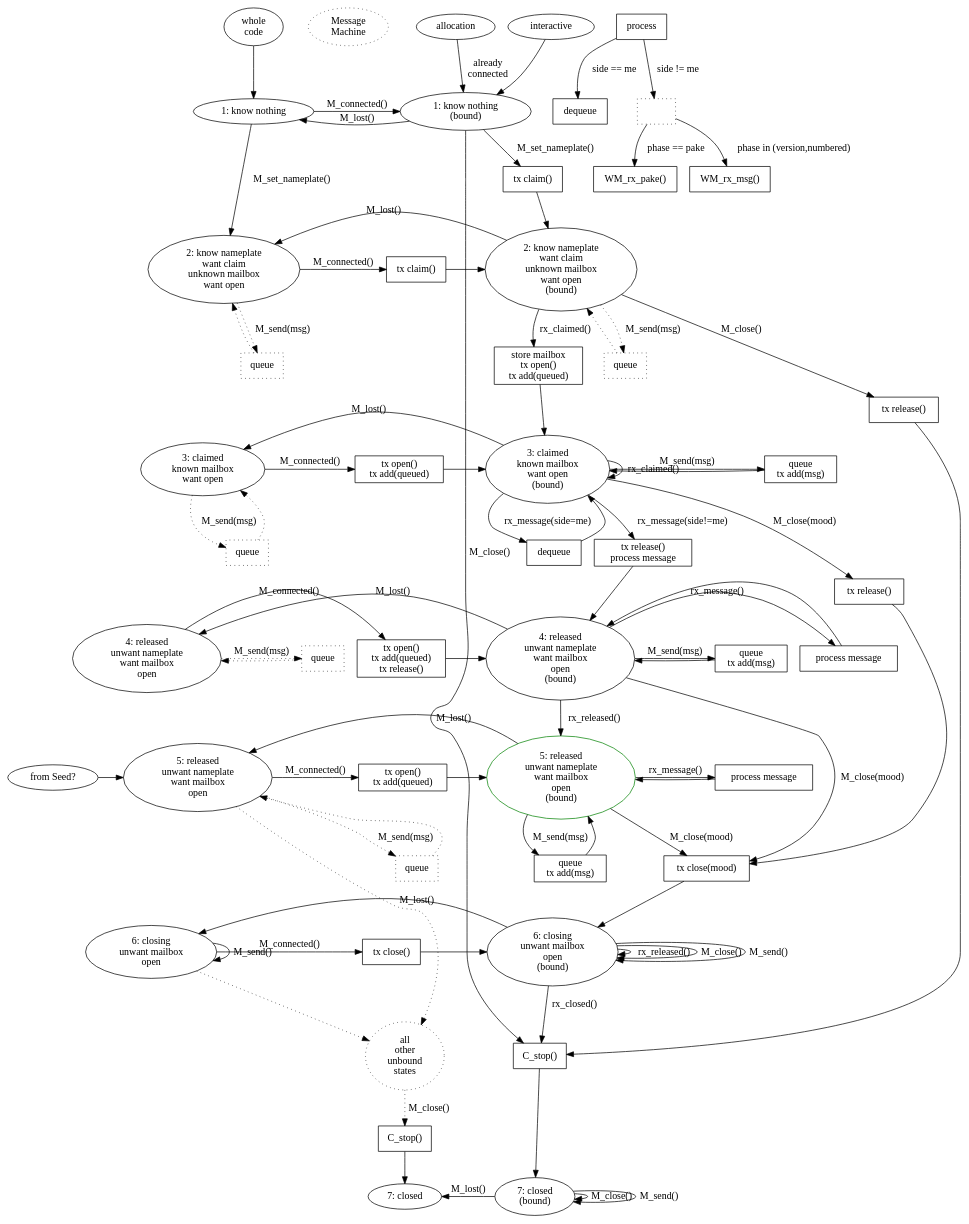
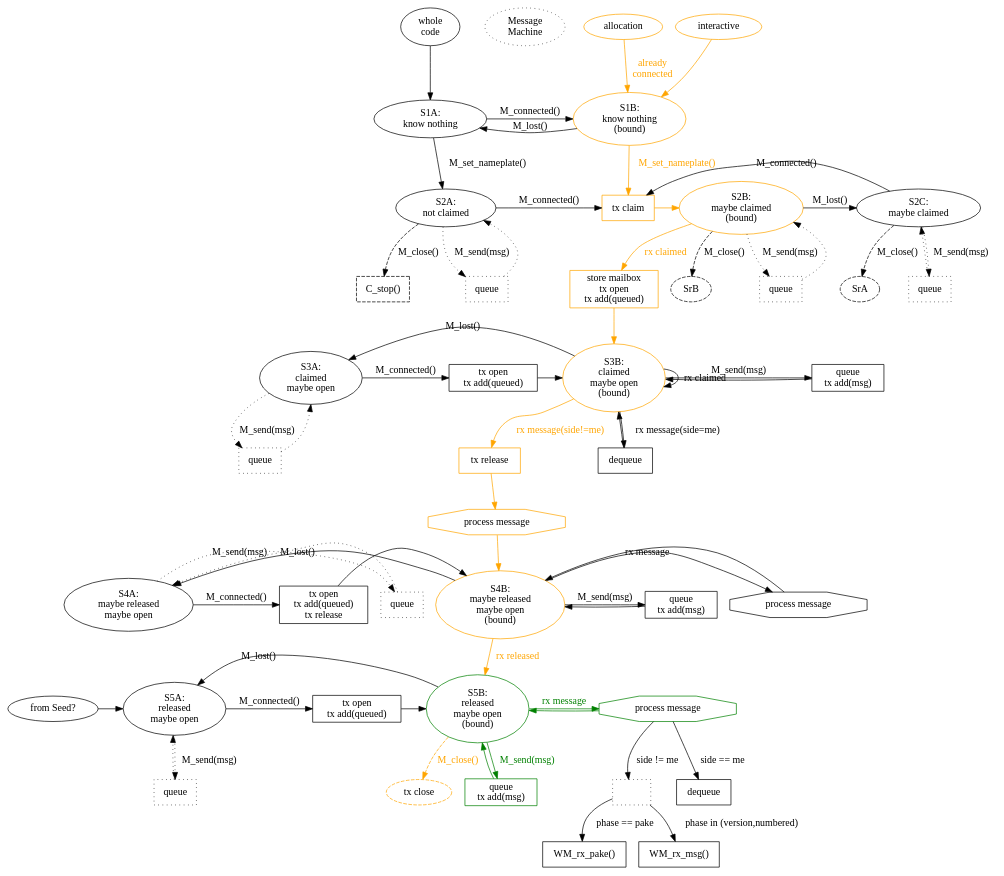
Before and after one commit to magic-wormhole/magic-wormhole: the diagram in docs/w2.dot, drawn with Graphviz. The commit also changed 1 other file, not shown here.

Commit message:
w3.dot: figure out close() pathways
d=M_close() will always do the verbose clean shutdown thing, and the Deferred
won't fire (e.g. we won't move to state "Ss") until we've deallocated our
server resources (nameplates and mailboxes), and we've finished shutting down
our websocket connection. So integration tests should wait on the Deferred to
make sure everything has stopped moving and the reactor is clean.

CLI applications that are following the success path can use M_close() and
wait on the Deferred before terminating.

CLI applications that wind up on some error path can either use M_close(), or
just SIGINT and leave the server to GC stuff later.

GUI applications can use M_close() but ignore the Deferred, and assume that
the program will keep running long enough to get the deallocation messages
through.

GUI+DB applications can use M_close() and then stop recording state changes,
and if the program remains running long enough, everything will be
deallocated, but if it terminates too soon, the server will have to GC.

```diff
--- a/docs/w2.dot
+++ b/docs/w2.dot
@@ -3,174 +3,132 @@
 
         {rank=same; M_entry_whole_code M_title M_entry_allocation M_entry_interactive}
         M_entry_whole_code [label="whole\ncode"]
-        M_entry_whole_code -> M_S1
+        M_entry_whole_code -> M_S1A
         M_title [label="Message\nMachine" style="dotted"]
         M_entry_whole_code -> M_title [style="invis"]
-        M_entry_allocation [label="allocation"]
-        M_entry_allocation -> M_S1B [label="already\nconnected"]
-        M_entry_interactive [label="interactive"]
-        M_entry_interactive -> M_S1B
+        M_entry_allocation [label="allocation" color="orange"]
+        M_entry_allocation -> M_S1B [label="already\nconnected" color="orange" fontcolor="orange"]
+        M_entry_interactive [label="interactive" color="orange"]
+        M_entry_interactive -> M_S1B [color="orange"]
 
-        {rank=same; M_S1 M_S1B}
-        M_S1 [label="1: know nothing"]
-        M_S1B [label="1: know nothing\n(bound)"]
-        M_S1 -> M_S1B [label="M_connected()"]
-        M_S1B -> M_S1 [label="M_lost()"]
+        {rank=same; M_S1A M_S1B}
+        M_S1A [label="S1A:\nknow nothing"]
+        M_S1B [label="S1B:\nknow nothing\n(bound)" color="orange"]
+        M_S1A -> M_S1B [label="M_connected()"]
+        M_S1B -> M_S1A [label="M_lost()"]
 
-        M_S1 -> M_S2 [label="M_set_nameplate()"]
-        M_S1B -> M_P_claim1 [label="M_set_nameplate()"]
-        M_P_claim1 [shape="box" label="tx claim()"]
-        M_P_claim1 -> M_S2B
+        M_S1A -> M_S2A [label="M_set_nameplate()"]
+        M_S1B -> M_P2_claim [label="M_set_nameplate()" color="orange" fontcolor="orange"]
 
-        {rank=same; M_S2 M_S2B M_P_claim2}
-        M_S2 [label="2: know nameplate\nwant claim\nunknown mailbox\nwant open"]
-        M_S2B [label="2: know nameplate\nwant claim\nunknown mailbox\nwant open\n(bound)"]
-        M_S2 -> M_P_claim2 [label="M_connected()"]
-        M_S2B -> M_S2 [label="M_lost()"]
-        M_P_claim2 [shape="box" label="tx claim()"]
-        M_P_claim2 -> M_S2B
-        M_S2 -> M_P2_queue [label="M_send(msg)" style="dotted"]
-        M_P2_queue [shape="box" label="queue" style="dotted"]
-        M_P2_queue -> M_S2 [style="dotted"]
+        {rank=same; M_S2A M_S2B M_S2C M_P2_claim}
+        M_S2A [label="S2A:\nnot claimed"]
+        M_S2C [label="S2C:\nmaybe claimed"]
+        M_S2B [label="S2B:\nmaybe claimed\n(bound)" color="orange"]
+        M_S2A -> M_P2_claim [label="M_connected()"]
+        M_S2A -> M_C_stop [label="M_close()" style="dashed"]
+        M_C_stop [shape="box" label="C_stop()" style="dashed"]
+        M_S2B -> M_SrB [label="M_close()" style="dashed"]
+        M_SrB [label="SrB" style="dashed"]
+        M_S2C -> M_SrA [label="M_close()" style="dashed"]
+        M_SrA [label="SrA" style="dashed"]
+
+        M_S2C -> M_P2_claim [label="M_connected()"]
+        M_S2B -> M_S2C [label="M_lost()"]
+        M_P2_claim [shape="box" label="tx claim" color="orange"]
+        M_P2_claim -> M_S2B [color="orange"]
+        M_S2A -> M_P2A_queue [label="M_send(msg)" style="dotted"]
+        M_P2A_queue [shape="box" label="queue" style="dotted"]
+        M_P2A_queue -> M_S2A [style="dotted"]
+        M_S2C -> M_P2C_queue [label="M_send(msg)" style="dotted"]
+        M_P2C_queue [shape="box" label="queue" style="dotted"]
+        M_P2C_queue -> M_S2C [style="dotted"]
         M_S2B -> M_P2B_queue [label="M_send(msg)" style="dotted"]
         M_P2B_queue [shape="box" label="queue" style="dotted"]
         M_P2B_queue -> M_S2B [style="dotted"]
 
-        M_S2 -> M_S3 [label="(none)" style="invis"]
-        M_S2B -> M_P_open [label="rx_claimed()"]
-        M_P_open [shape="box" label="store mailbox\ntx open()\ntx add(queued)"]
-        M_P_open -> M_S3B
+        M_S2A -> M_S3A [label="(none)" style="invis"]
+        M_S2B -> M_P_open [label="rx claimed" color="orange" fontcolor="orange"]
+        M_P_open [shape="box" label="store mailbox\ntx open\ntx add(queued)" color="orange"]
+        M_P_open -> M_S3B [color="orange"]
 
-        {rank=same; M_S3 M_S3B M_P3_open M_P3_send}
-        M_S3 [label="3: claimed\nknown mailbox\nwant open"]
-        M_S3B [label="3: claimed\nknown mailbox\nwant open\n(bound)"]
-        M_S3 -> M_P3_open [label="M_connected()"]
-        M_S3B -> M_S3 [label="M_lost()"]
-        /*M_S3B -> M_S2 [label="M_lost()"]*/ /* not worth it */
-        M_P3_open [shape="box" label="tx open()\ntx add(queued)"]
+        {rank=same; M_S3A M_S3B M_P3_open M_P3_send}
+        M_S3A [label="S3A:\nclaimed\nmaybe open"]
+        M_S3B [label="S3B:\nclaimed\nmaybe open\n(bound)" color="orange"]
+        M_S3A -> M_P3_open [label="M_connected()"]
+        M_S3B -> M_S3A [label="M_lost()"]
+        M_P3_open [shape="box" label="tx open\ntx add(queued)"]
         M_P3_open -> M_S3B
-        M_S3B -> M_S3B [label="rx_claimed()"]
+        M_S3B -> M_S3B [label="rx claimed"]
         M_S3B -> M_P3_send [label="M_send(msg)"]
         M_P3_send [shape="box" label="queue\ntx add(msg)"]
         M_P3_send -> M_S3B
-        M_S3 -> M_P3_queue [label="M_send(msg)" style="dotted"]
+        M_S3A -> M_P3_queue [label="M_send(msg)" style="dotted"]
         M_P3_queue [shape="box" label="queue" style="dotted"]
-        M_P3_queue -> M_S3 [style="dotted"]
+        M_P3_queue -> M_S3A [style="dotted"]
 
-        M_S3 -> M_S4 [label="(none)" style="invis"]
-        M_S3B -> M_P3_process_ours [label="rx_message(side=me)"]
+        M_S3A -> M_S4A [label="(none)" style="invis"]
+        M_S3B -> M_P3_process_ours [label="rx message(side=me)"]
         M_P3_process_ours [shape="box" label="dequeue"]
         M_P3_process_ours -> M_S3B
-        M_S3B -> M_P3_process_theirs [label="rx_message(side!=me)"]
-        M_P3_process_theirs [shape="box" label="tx release()\nprocess message"]
+        M_S3B -> M_P3_process_theirs1 [label="rx message(side!=me)" color="orange" fontcolor="orange"]
+        M_P3_process_theirs1 [shape="box" label="tx release" color="orange"]
+        M_P3_process_theirs1 -> M_P3_process_theirs2 [color="orange"]
+        M_P3_process_theirs2 [shape="octagon" label="process message" color="orange"]
         /* pay attention to the race here: this process_message() will
         deliver msg_pake to the WormholeMachine, which will compute_key() and
-        M_send(version), and we're inbetween M_S2 (where M_send gets queued)
-        and M_S3 (where M_send gets sent and queued), and we're no longer
-        passing through the M_P3_open phase (which drains the queue). So
-        there's a real possibility of the outbound msg_version getting
+        M_send(version), and we're in between M_S2A (where M_send gets
+        queued) and M_S3A (where M_send gets sent and queued), and we're no
+        longer passing through the M_P3_open phase (which drains the queue).
+        So there's a real possibility of the outbound msg_version getting
         dropped on the floor, or put in a queue but never delivered. */
-        M_P3_process_theirs -> M_S4B
-        M_S3B -> M_P3_close [label="M_close(mood)"]
-        M_P3_close [shape="box" label="tx release()\n"]
-        M_P3_close -> M_P_close
+        M_P3_process_theirs2 -> M_S4B [color="orange"]
 
-        {rank=same; M_S4 M_P4_release M_S4B M_P4_process M_P4_send M_P4_queue}
-        M_S4 [label="4: released\nunwant nameplate\nwant mailbox\nopen\n"]
+        {rank=same; M_S4A M_P4_release M_S4B M_P4_process M_P4_send M_P4_queue}
+        M_S4A [label="S4A:\nmaybe released\nmaybe open\n"]
 
-        M_S4B [label="4: released\nunwant nameplate\nwant mailbox\nopen\n(bound)"]
-        M_S4 -> M_P4_release [label="M_connected()"]
-        /* it is currently an error to release a nameplate you aren't
-        currently claiming, so release() is not idempotent. #118 fixes that */
-        M_P4_release [shape="box" label="tx open()\ntx add(queued)\ntx release()"]
-        /*M_S4B -> M_S4B [label="rx_claimed() *#118"]*/
-        M_S4B -> M_P_close [label="M_close(mood)"]
+        M_S4B [label="S4B:\nmaybe released\nmaybe open\n(bound)" color="orange"]
+        M_S4A -> M_P4_release [label="M_connected()"]
+        M_P4_release [shape="box" label="tx open\ntx add(queued)\ntx release"]
         M_S4B -> M_P4_send [label="M_send(msg)"]
         M_P4_send [shape="box" label="queue\ntx add(msg)"]
         M_P4_send -> M_S4B
-        M_S4 -> M_P4_queue [label="M_send(msg)" style="dotted"]
+        M_S4A -> M_P4_queue [label="M_send(msg)" style="dotted"]
         M_P4_queue [shape="box" label="queue" style="dotted"]
-        M_P4_queue -> M_S4 [style="dotted"]
+        M_P4_queue -> M_S4A [style="dotted"]
 
         M_P4_release -> M_S4B
-        M_S4B -> M_S4 [label="M_lost()"]
-        /*M_S4B -> M_S2 [label="M_lost()"]*/
-        M_S4B -> M_P4_process [label="rx_message()"]
-        M_P4_process [shape="box" label="process message"]
+        M_S4B -> M_S4A [label="M_lost()"]
+        M_S4B -> M_P4_process [label="rx message"]
+        M_P4_process [shape="octagon" label="process message"]
         M_P4_process -> M_S4B
 
-        M_S4 -> M_S5 [label="(none)" style="invis"]
-        M_S4B -> M_S5B [label="rx_released()"]
+        M_S4A -> M_S5A [label="(none)" style="invis"]
+        M_S4B -> M_S5B [label="rx released" color="orange" fontcolor="orange"]
 
         seed [label="from Seed?"]
-        M_S3 -> seed [style="invis"]
-        M_S4 -> seed [style="invis"]
-        seed -> M_S5
-        {rank=same; seed M_S5 M_S5B M_P5_open M_P5_process}
-        M_S5 [label="5: released\nunwant nameplate\nwant mailbox\nopen\n"]
-        M_S5B [label="5: released\nunwant nameplate\nwant mailbox\nopen\n(bound)" color="green"]
-        M_S5 -> M_P5_open [label="M_connected()"]
-        M_P5_open [shape="box" label="tx open()\ntx add(queued)"]
+        M_S3A -> seed [style="invis"]
+        M_S4A -> seed [style="invis"]
+        seed -> M_S5A
+        {rank=same; seed M_S5A M_S5B M_P5_open M_process}
+        M_S5A [label="S5A:\nreleased\nmaybe open"]
+        M_S5B [label="S5B:\nreleased\nmaybe open\n(bound)" color="green"]
+        M_S5A -> M_P5_open [label="M_connected()"]
+        M_P5_open [shape="box" label="tx open\ntx add(queued)"]
         M_P5_open -> M_S5B
-        M_S5B -> M_S5 [label="M_lost()"]
-        M_S5B -> M_P5_process [label="rx_message()"]
-        M_P5_process [shape="box" label="process message"]
-        M_P5_process -> M_S5B
-        M_S5B -> M_P5_send [label="M_send(msg)"]
-        M_P5_send [shape="box" label="queue\ntx add(msg)"]
-        M_P5_send -> M_S5B
-        M_S5 -> M_P5_queue [label="M_send(msg)" style="dotted"]
+        M_S5B -> M_S5A [label="M_lost()"]
+        M_S5B -> M_process [label="rx message" color="green" fontcolor="green"]
+        M_process [shape="octagon" label="process message" color="green"]
+        M_process -> M_S5B [color="green"]
+        M_S5B -> M_P5_send [label="M_send(msg)" color="green" fontcolor="green"]
+        M_P5_send [shape="box" label="queue\ntx add(msg)" color="green"]
+        M_P5_send -> M_S5B [color="green"]
+        M_S5A -> M_P5_queue [label="M_send(msg)" style="dotted"]
         M_P5_queue [shape="box" label="queue" style="dotted"]
-        M_P5_queue -> M_S5 [style="dotted"]
+        M_P5_queue -> M_S5A [style="dotted"]
+        M_S5B -> M_CcB_P_close [label="M_close()" style="dashed" color="orange" fontcolor="orange"]
+        M_CcB_P_close [label="tx close" style="dashed" color="orange"]
 
-        M_S5 -> M_S6 [style="invis"]
-        M_S5B -> M_P_close [label="M_close(mood)"]
-        M_P_close [shape="box" label="tx close(mood)"]
-        M_P_close -> M_S6B
-
-        {rank=same; M_S6 M_P6_close M_S6B}
-        M_S6 [label="6: closing\nunwant mailbox\nopen\n"]
-        M_S6B [label="6: closing\nunwant mailbox\nopen\n(bound)"]
-        M_S6 -> M_P6_close [label="M_connected()"]
-        M_P6_close [shape="box" label="tx close()"]
-        M_P6_close -> M_S6B
-        M_S6B -> M_S6 [label="M_lost()"]
-        M_S6B -> M_S6B [label="rx_released()"]
-        M_S6B -> M_S6B [label="M_close()"]
-        M_S6B -> M_S6B [label="M_send()"]
-        M_S6 -> M_S6 [label="M_send()"]
-
-        M_S6 -> M_S7 [label="(none)" style="invis"]
-        {rank=same; M_other_closes M_P7_drop}
-        M_other_closes [label="all\nother\nunbound\nstates" style="dotted"]
-        M_other_closes -> M_P7_stop [label="M_close()" style="dotted"]
-        M_P7_stop [shape="box" label="C_stop()"]
-        M_P7_stop -> M_S7
-        /*M_S1 -> M_other_closes [label="M_close()"]
-        M_S2 -> M_other_closes [label="M_close()"]
-        M_S3 -> M_other_closes [label="M_close()"]
-        M_S4 -> M_other_closes [label="M_close()"]*/
-        M_S5 -> M_other_closes [style="dotted"]
-        /*M_S6 -> M_P7_stop [label="M_close()"]*/
-        M_S6 -> M_other_closes [style="dotted"]
-        M_S1B -> M_P7_drop [label="M_close()"]
-        M_S2B -> M_P2_drop [label="M_close()"]
-        M_P2_drop [shape="box" label="tx release()"]
-        M_P2_drop -> M_P7_drop
-        M_S6B -> M_P7_drop [label="rx_closed()"]
-        M_P7_drop [shape="box" label="C_stop()"]
-        M_P7_drop -> M_S7B
-
-        {rank=same; M_S7 M_S7B}
-        M_S7 [label="7: closed\n"]
-        M_S7B [label="7: closed\n(bound)"]
-        M_S7 -> M_S7B [style="invis"]
-        M_S7B -> M_S7 [label="M_lost()"]
-        M_S7B -> M_S7B [label="M_close()"]
-        M_S7B -> M_S7B [label="M_send()"]
-
-
-        M_process [shape="box" label="process"]
+        M_process [shape="octagon" label="process message"]
         M_process_me [shape="box" label="dequeue"]
         M_process -> M_process_me [label="side == me"]
         M_process_them [shape="box" label="" style="dotted"]
```
